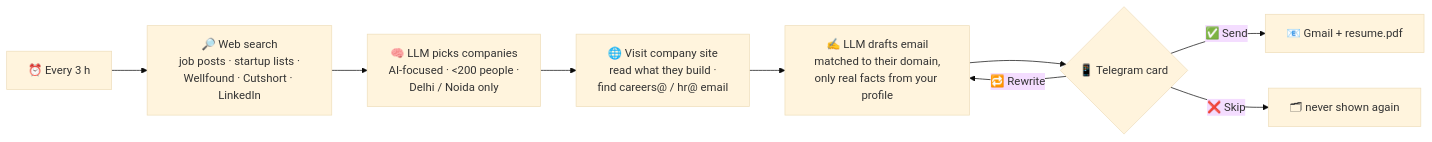
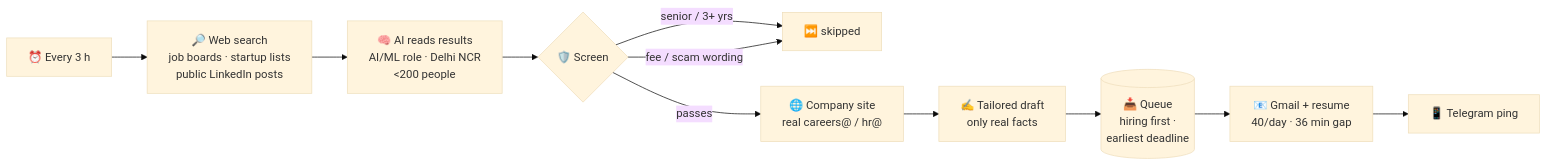
One commit to Sandeep37-s/bulk-job-application-mail changed the diagram in agent/README.md. Above: the diagram before and after it, drawn with Mermaid (base theme). The commit also changed other lines of this file and 4 other files, not shown here.

First line of the commit message:
Refresh READMEs and banner graphics for autonomous sending

````diff
--- a/agent/README.md
+++ b/agent/README.md
@@ -82,11 +74,13 @@
 ```mermaid
 flowchart LR
-    A[⏰ Every 3 h] --> B[🔎 Web search<br/>job posts · startup lists ·<br/>Wellfound · Cutshort · LinkedIn]
-    B --> C[🧠 LLM picks companies<br/>AI-focused · &lt;200 people ·<br/>Delhi / Noida only]
-    C --> D[🌐 Visit company site<br/>read what they build ·<br/>find careers@ / hr@ email]
-    D --> E[✍️ LLM drafts email<br/>matched to their domain,<br/>only real facts from your profile]
-    E --> F{📱 Telegram card}
-    F -- ✅ Send --> G[📧 Gmail + resume.pdf]
-    F -- 🔁 Rewrite --> E
-    F -- ❌ Skip --> H[🗂 never shown again]
+    A["⏰ Every 3 h"] --> B["🔎 Web search<br/>job boards · startup lists<br/>public LinkedIn posts"]
+    B --> C["🧠 AI reads results<br/>AI/ML role · Delhi NCR<br/>&lt;200 people"]
+    C --> D{"🛡️ Screen"}
+    D -- "senior / 3+ yrs" --> X["⏭️ skipped"]
+    D -- "fee / scam wording" --> X
+    D -- "passes" --> E["🌐 Company site<br/>real careers@ / hr@"]
+    E --> F["✍️ Tailored draft<br/>only real facts"]
+    F --> Q[("📥 Queue<br/>hiring first ·<br/>earliest deadline")]
+    Q --> G["📧 Gmail + resume<br/>40/day · 36 min gap"]
+    G --> T["📱 Telegram ping"]
 ```
````
